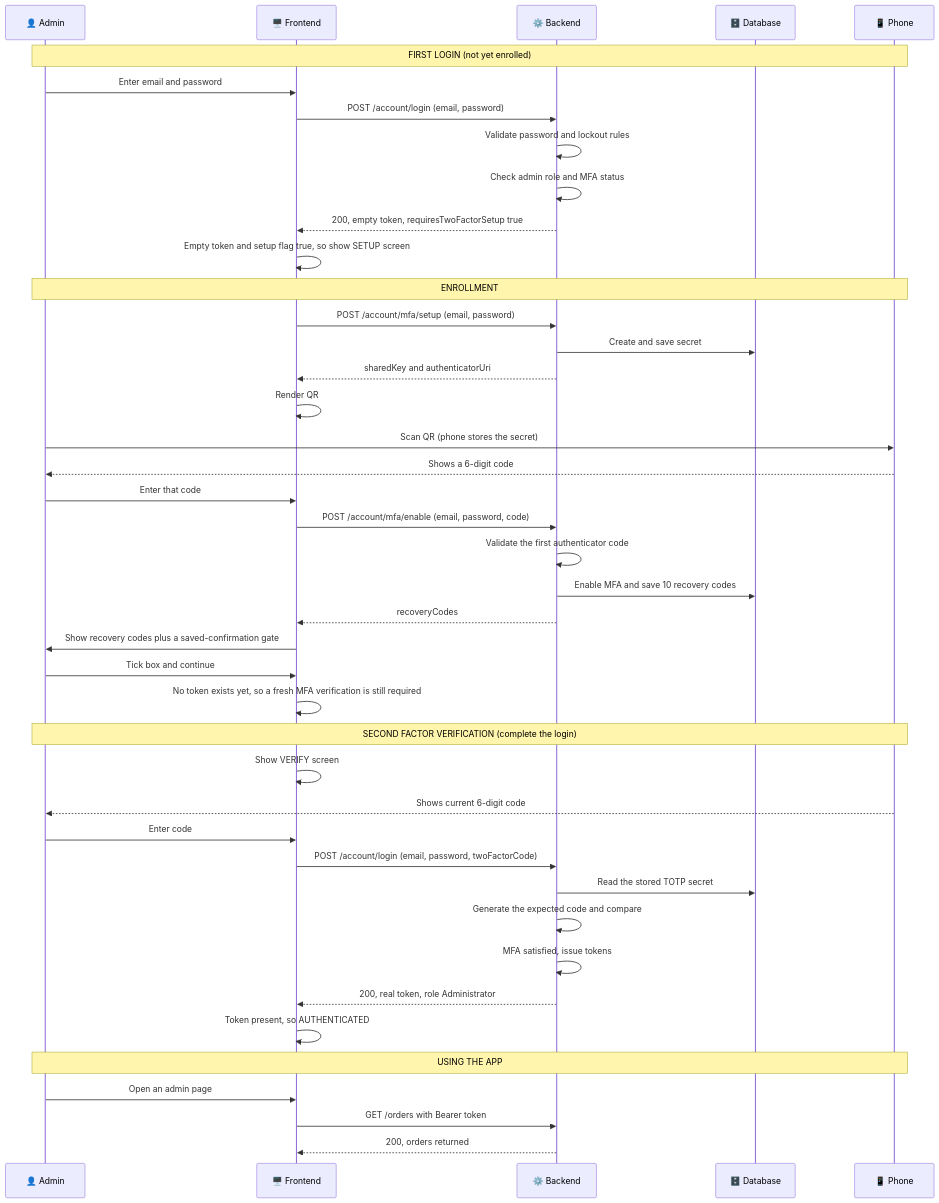
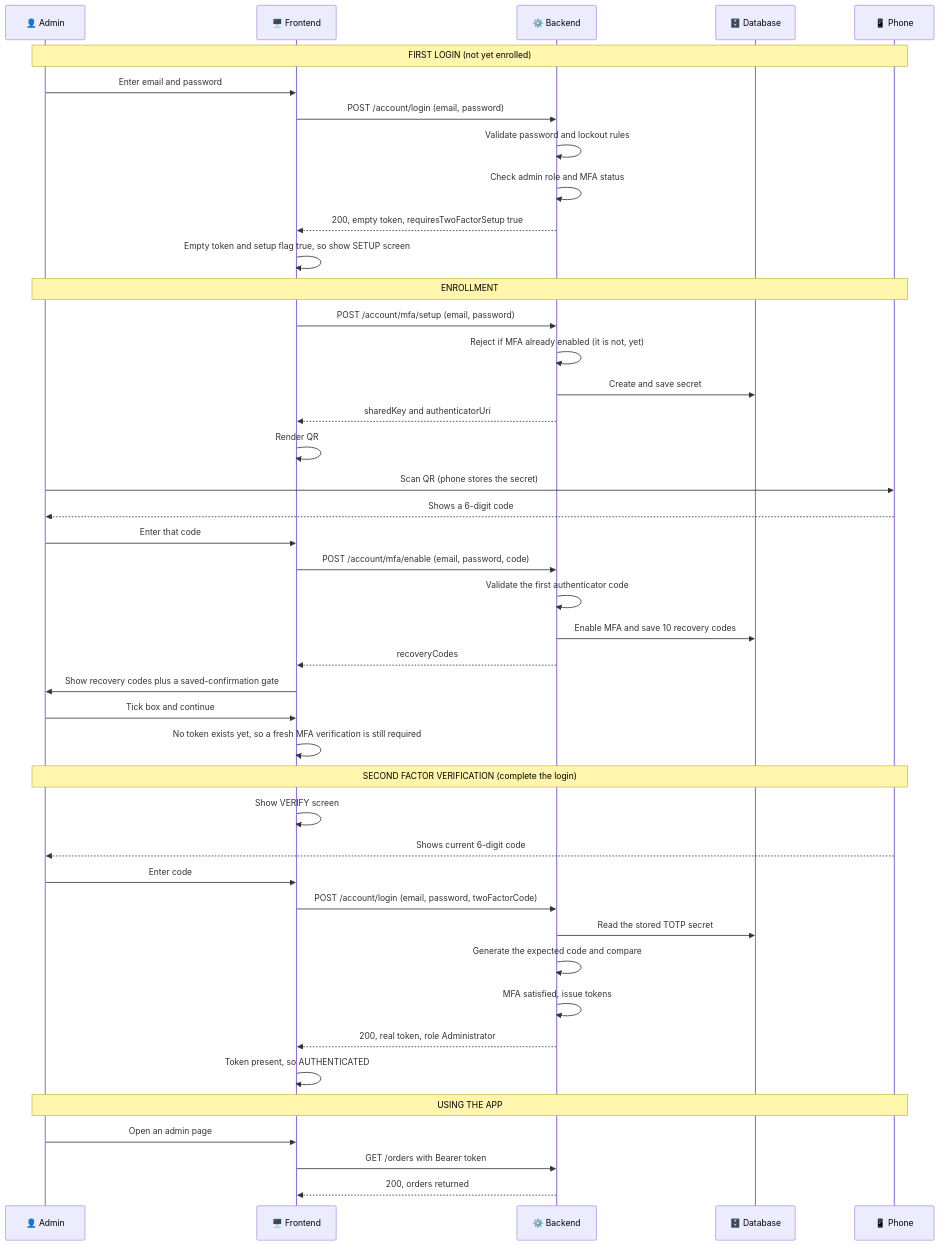
Diagram 13 of 15 in 0054_LiliShop-Security-02-MFA.md (jahanalem/LinkedIn2GitHub), drawn with Mermaid before and after one commit. The commit also changed other lines of this file, not shown here.

````diff
--- a/0054_LiliShop-Security-02-MFA.md
+++ b/0054_LiliShop-Security-02-MFA.md
@@ -1281,44 +2034,45 @@
 ```mermaid
 sequenceDiagram
     participant U as 👤 Admin
     participant FE as 🖥️ Frontend
     participant BE as ⚙️ Backend
     participant DB as 🗄️ Database
     participant Ph as 📱 Phone
     Note over U,Ph: FIRST LOGIN (not yet enrolled)
     U->>FE: Enter email and password
     FE->>BE: POST /account/login (email, password)
     BE->>BE: Validate password and lockout rules
     BE->>BE: Check admin role and MFA status
     BE-->>FE: 200, empty token, requiresTwoFactorSetup true
     FE->>FE: Empty token and setup flag true, so show SETUP screen
     Note over U,Ph: ENROLLMENT
     FE->>BE: POST /account/mfa/setup (email, password)
+    BE->>BE: Reject if MFA already enabled (it is not, yet)
     BE->>DB: Create and save secret
     BE-->>FE: sharedKey and authenticatorUri
     FE->>FE: Render QR
     U->>Ph: Scan QR (phone stores the secret)
     Ph-->>U: Shows a 6-digit code
     U->>FE: Enter that code
     FE->>BE: POST /account/mfa/enable (email, password, code)
     BE->>BE: Validate the first authenticator code
     BE->>DB: Enable MFA and save 10 recovery codes
     BE-->>FE: recoveryCodes
     FE->>U: Show recovery codes plus a saved-confirmation gate
     U->>FE: Tick box and continue
     FE->>FE: No token exists yet, so a fresh MFA verification is still required
     Note over U,Ph: SECOND FACTOR VERIFICATION (complete the login)
     FE->>FE: Show VERIFY screen
     Ph-->>U: Shows current 6-digit code
     U->>FE: Enter code
     FE->>BE: POST /account/login (email, password, twoFactorCode)
     BE->>DB: Read the stored TOTP secret
     BE->>BE: Generate the expected code and compare
     BE->>BE: MFA satisfied, issue tokens
     BE-->>FE: 200, real token, role Administrator
     FE->>FE: Token present, so AUTHENTICATED
     Note over U,Ph: USING THE APP
     U->>FE: Open an admin page
     FE->>BE: GET /orders with Bearer token
     BE-->>FE: 200, orders returned
 ```
````
